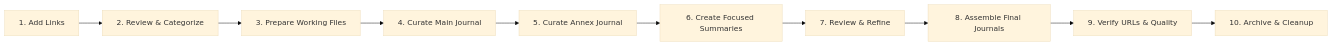
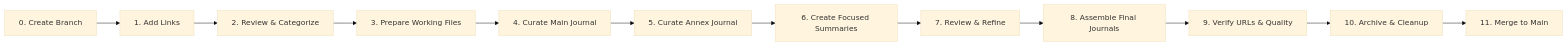
The diagram in README.md (beijaflor/gen-ai-journal), drawn with Mermaid (base theme) before and after one commit. The commit also changed other lines of this file and 5 other files, not shown here.

````diff
--- a/README.md
+++ b/README.md
@@ -9,12 +9,14 @@
 ```mermaid
 graph LR
-    A[1. Add Links] --> B[2. Review & Categorize]
-    B --> C[3. Prepare Working Files]
-    C --> D[4. Curate Main Journal]
-    D --> E[5. Curate Annex Journal]
-    E --> F[6. Create Focused Summaries]
-    F --> G[7. Review & Refine]
-    G --> H[8. Assemble Final Journals]
-    H --> I[9. Verify URLs & Quality]
-    I --> J[10. Archive & Cleanup]
+    A[0. Create Branch] --> B[1. Add Links]
+    B --> C[2. Review & Categorize]
+    C --> D[3. Prepare Working Files]
+    D --> E[4. Curate Main Journal]
+    E --> F[5. Curate Annex Journal]
+    F --> G[6. Create Focused Summaries]
+    G --> H[7. Review & Refine]
+    H --> I[8. Assemble Final Journals]
+    I --> J[9. Verify URLs & Quality]
+    J --> K[10. Archive & Cleanup]
+    K --> L[11. Merge to Main]
 ```
````
